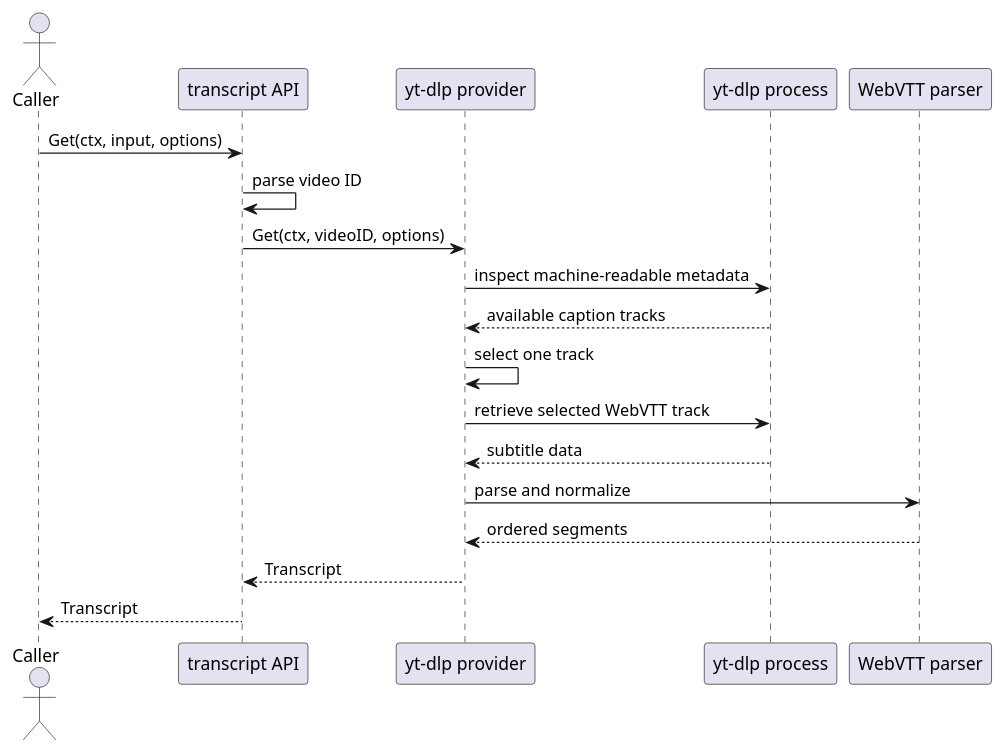
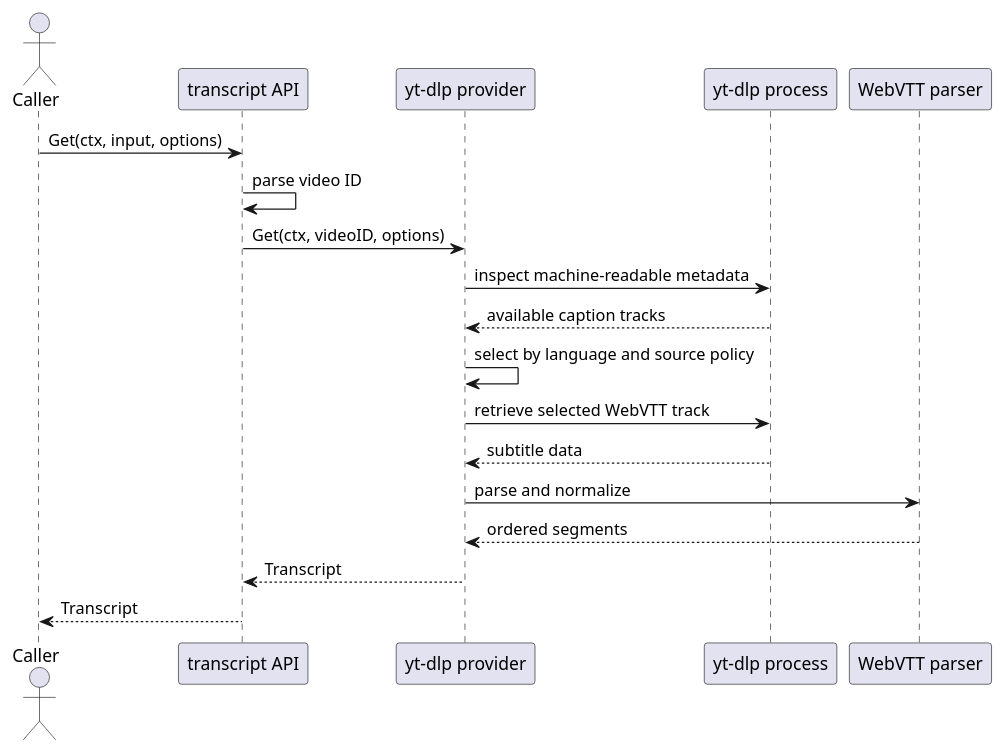
One commit to mpsanders/voxscripta changed the diagram in docs/uml/acquisition-sequence.puml. Above: the diagram before and after it, drawn with PlantUML. The commit also changed 12 other files, not shown here.

```diff
--- a/docs/uml/acquisition-sequence.puml
+++ b/docs/uml/acquisition-sequence.puml
@@ -1,20 +1,20 @@
 @startuml
 actor Caller
 participant "transcript API" as API
 participant "yt-dlp provider" as Provider
 participant "yt-dlp process" as YTDLP
 participant "WebVTT parser" as Parser
 
 Caller -> API: Get(ctx, input, options)
 API -> API: parse video ID
 API -> Provider: Get(ctx, videoID, options)
 Provider -> YTDLP: inspect machine-readable metadata
 YTDLP --> Provider: available caption tracks
-Provider -> Provider: select one track
+Provider -> Provider: select by language and source policy
 Provider -> YTDLP: retrieve selected WebVTT track
 YTDLP --> Provider: subtitle data
 Provider -> Parser: parse and normalize
 Parser --> Provider: ordered segments
 Provider --> API: Transcript
 API --> Caller: Transcript
 @enduml
```
